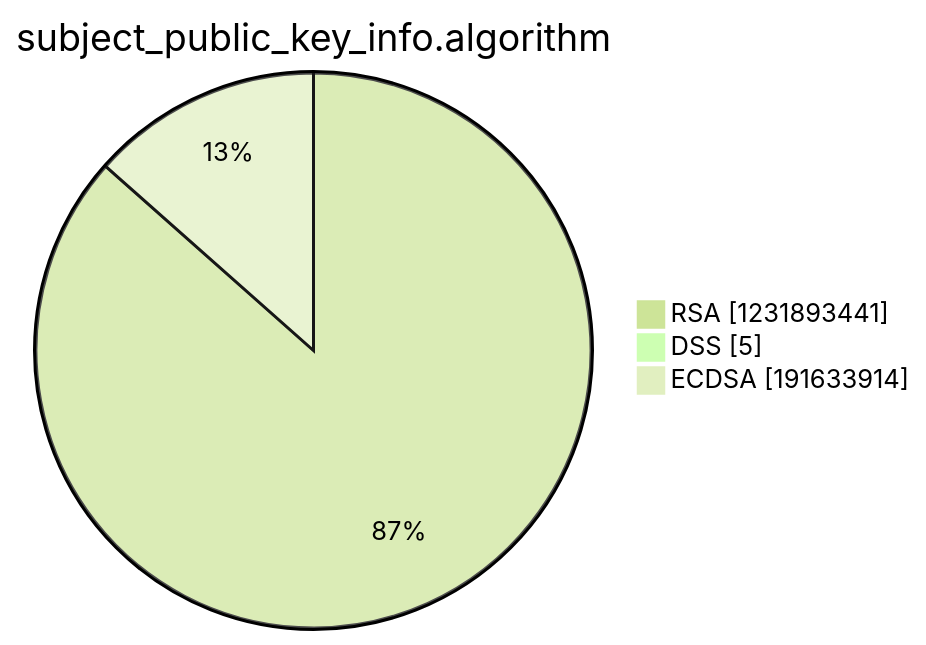
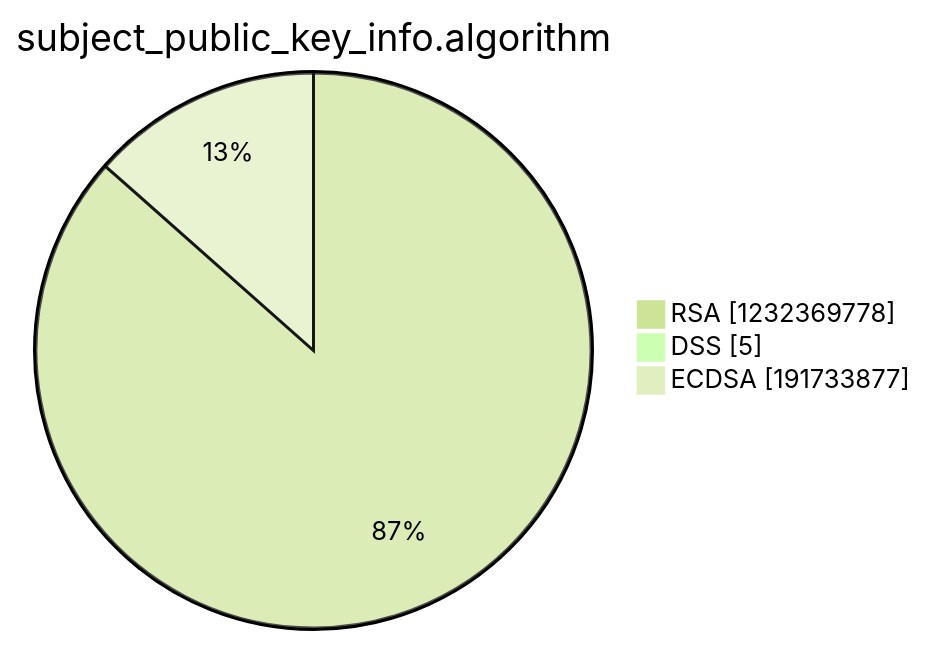
The third of 15 diagrams in argon2022/README.md (christiankrug/ctmonitor_visualization), drawn with Mermaid (forest theme) before and after one commit. The commit also changed other lines of this file, not shown here.

````diff
--- a/argon2022/README.md
+++ b/argon2022/README.md
@@ -14,7 +14,7 @@
 ```mermaid
 pie showData
 title subject_public_key_info.algorithm
-"RSA" :1231893441
+"RSA" :1232369778
 "DSS" :5
-"ECDSA" :191633914
+"ECDSA" :191733877
 ```
````
